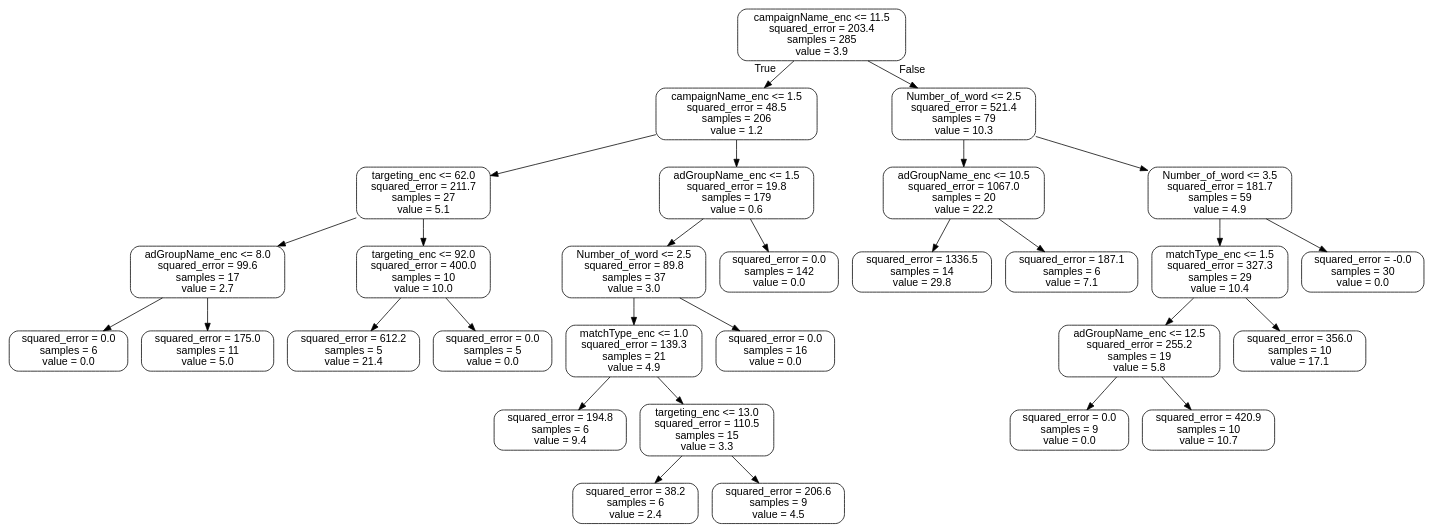
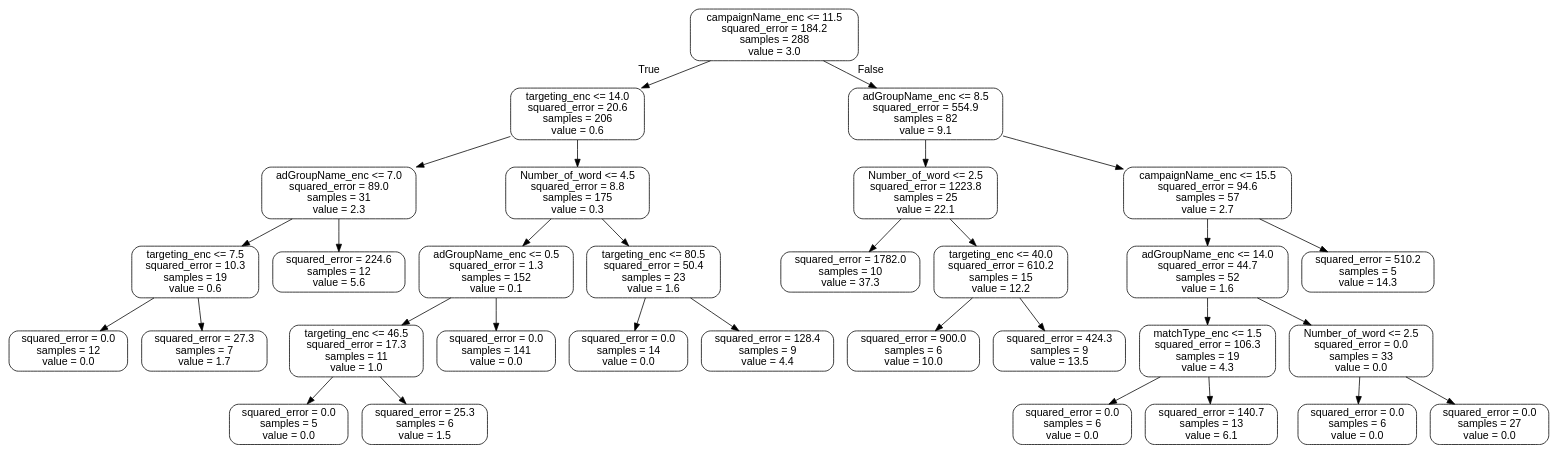
One commit to mike-lee-dev/ppc_api changed the diagram in tree.dot. Above: the diagram before and after it, drawn with Graphviz. The commit also changed 2 other files, not shown here.

```diff
--- a/tree.dot
+++ b/tree.dot
@@ -1,61 +1,65 @@
 digraph Tree {
 node [shape=box, style="rounded", color="black", fontname="helvetica"] ;
 edge [fontname="helvetica"] ;
-0 [label="campaignName_enc <= 11.5\nsquared_error = 203.4\nsamples = 285\nvalue = 3.9"] ;
-1 [label="campaignName_enc <= 1.5\nsquared_error = 48.5\nsamples = 206\nvalue = 1.2"] ;
+0 [label="campaignName_enc <= 11.5\nsquared_error = 184.2\nsamples = 288\nvalue = 3.0"] ;
+1 [label="targeting_enc <= 14.0\nsquared_error = 20.6\nsamples = 206\nvalue = 0.6"] ;
 0 -> 1 [labeldistance=2.5, labelangle=45, headlabel="True"] ;
-2 [label="targeting_enc <= 62.0\nsquared_error = 211.7\nsamples = 27\nvalue = 5.1"] ;
+2 [label="adGroupName_enc <= 7.0\nsquared_error = 89.0\nsamples = 31\nvalue = 2.3"] ;
 1 -> 2 ;
-3 [label="adGroupName_enc <= 8.0\nsquared_error = 99.6\nsamples = 17\nvalue = 2.7"] ;
+3 [label="targeting_enc <= 7.5\nsquared_error = 10.3\nsamples = 19\nvalue = 0.6"] ;
 2 -> 3 ;
-4 [label="squared_error = 0.0\nsamples = 6\nvalue = 0.0"] ;
+4 [label="squared_error = 0.0\nsamples = 12\nvalue = 0.0"] ;
 3 -> 4 ;
-5 [label="squared_error = 175.0\nsamples = 11\nvalue = 5.0"] ;
+5 [label="squared_error = 27.3\nsamples = 7\nvalue = 1.7"] ;
 3 -> 5 ;
-6 [label="targeting_enc <= 92.0\nsquared_error = 400.0\nsamples = 10\nvalue = 10.0"] ;
+6 [label="squared_error = 224.6\nsamples = 12\nvalue = 5.6"] ;
 2 -> 6 ;
-7 [label="squared_error = 612.2\nsamples = 5\nvalue = 21.4"] ;
-6 -> 7 ;
-8 [label="squared_error = 0.0\nsamples = 5\nvalue = 0.0"] ;
-6 -> 8 ;
-9 [label="adGroupName_enc <= 1.5\nsquared_error = 19.8\nsamples = 179\nvalue = 0.6"] ;
-1 -> 9 ;
-10 [label="Number_of_word <= 2.5\nsquared_error = 89.8\nsamples = 37\nvalue = 3.0"] ;
+7 [label="Number_of_word <= 4.5\nsquared_error = 8.8\nsamples = 175\nvalue = 0.3"] ;
+1 -> 7 ;
+8 [label="adGroupName_enc <= 0.5\nsquared_error = 1.3\nsamples = 152\nvalue = 0.1"] ;
+7 -> 8 ;
+9 [label="targeting_enc <= 46.5\nsquared_error = 17.3\nsamples = 11\nvalue = 1.0"] ;
+8 -> 9 ;
+10 [label="squared_error = 0.0\nsamples = 5\nvalue = 0.0"] ;
 9 -> 10 ;
-11 [label="matchType_enc <= 1.0\nsquared_error = 139.3\nsamples = 21\nvalue = 4.9"] ;
-10 -> 11 ;
-12 [label="squared_error = 194.8\nsamples = 6\nvalue = 9.4"] ;
-11 -> 12 ;
-13 [label="targeting_enc <= 13.0\nsquared_error = 110.5\nsamples = 15\nvalue = 3.3"] ;
-11 -> 13 ;
-14 [label="squared_error = 38.2\nsamples = 6\nvalue = 2.4"] ;
+11 [label="squared_error = 25.3\nsamples = 6\nvalue = 1.5"] ;
+9 -> 11 ;
+12 [label="squared_error = 0.0\nsamples = 141\nvalue = 0.0"] ;
+8 -> 12 ;
+13 [label="targeting_enc <= 80.5\nsquared_error = 50.4\nsamples = 23\nvalue = 1.6"] ;
+7 -> 13 ;
+14 [label="squared_error = 0.0\nsamples = 14\nvalue = 0.0"] ;
 13 -> 14 ;
-15 [label="squared_error = 206.6\nsamples = 9\nvalue = 4.5"] ;
+15 [label="squared_error = 128.4\nsamples = 9\nvalue = 4.4"] ;
 13 -> 15 ;
-16 [label="squared_error = 0.0\nsamples = 16\nvalue = 0.0"] ;
-10 -> 16 ;
-17 [label="squared_error = 0.0\nsamples = 142\nvalue = 0.0"] ;
-9 -> 17 ;
-18 [label="Number_of_word <= 2.5\nsquared_error = 521.4\nsamples = 79\nvalue = 10.3"] ;
-0 -> 18 [labeldistance=2.5, labelangle=-45, headlabel="False"] ;
-19 [label="adGroupName_enc <= 10.5\nsquared_error = 1067.0\nsamples = 20\nvalue = 22.2"] ;
-18 -> 19 ;
-20 [label="squared_error = 1336.5\nsamples = 14\nvalue = 29.8"] ;
+16 [label="adGroupName_enc <= 8.5\nsquared_error = 554.9\nsamples = 82\nvalue = 9.1"] ;
+0 -> 16 [labeldistance=2.5, labelangle=-45, headlabel="False"] ;
+17 [label="Number_of_word <= 2.5\nsquared_error = 1223.8\nsamples = 25\nvalue = 22.1"] ;
+16 -> 17 ;
+18 [label="squared_error = 1782.0\nsamples = 10\nvalue = 37.3"] ;
+17 -> 18 ;
+19 [label="targeting_enc <= 40.0\nsquared_error = 610.2\nsamples = 15\nvalue = 12.2"] ;
+17 -> 19 ;
+20 [label="squared_error = 900.0\nsamples = 6\nvalue = 10.0"] ;
 19 -> 20 ;
-21 [label="squared_error = 187.1\nsamples = 6\nvalue = 7.1"] ;
+21 [label="squared_error = 424.3\nsamples = 9\nvalue = 13.5"] ;
 19 -> 21 ;
-22 [label="Number_of_word <= 3.5\nsquared_error = 181.7\nsamples = 59\nvalue = 4.9"] ;
-18 -> 22 ;
-23 [label="matchType_enc <= 1.5\nsquared_error = 327.3\nsamples = 29\nvalue = 10.4"] ;
+22 [label="campaignName_enc <= 15.5\nsquared_error = 94.6\nsamples = 57\nvalue = 2.7"] ;
+16 -> 22 ;
+23 [label="adGroupName_enc <= 14.0\nsquared_error = 44.7\nsamples = 52\nvalue = 1.6"] ;
 22 -> 23 ;
-24 [label="adGroupName_enc <= 12.5\nsquared_error = 255.2\nsamples = 19\nvalue = 5.8"] ;
+24 [label="matchType_enc <= 1.5\nsquared_error = 106.3\nsamples = 19\nvalue = 4.3"] ;
 23 -> 24 ;
-25 [label="squared_error = 0.0\nsamples = 9\nvalue = 0.0"] ;
+25 [label="squared_error = 0.0\nsamples = 6\nvalue = 0.0"] ;
 24 -> 25 ;
-26 [label="squared_error = 420.9\nsamples = 10\nvalue = 10.7"] ;
+26 [label="squared_error = 140.7\nsamples = 13\nvalue = 6.1"] ;
 24 -> 26 ;
-27 [label="squared_error = 356.0\nsamples = 10\nvalue = 17.1"] ;
+27 [label="Number_of_word <= 2.5\nsquared_error = 0.0\nsamples = 33\nvalue = 0.0"] ;
 23 -> 27 ;
-28 [label="squared_error = -0.0\nsamples = 30\nvalue = 0.0"] ;
-22 -> 28 ;
+28 [label="squared_error = 0.0\nsamples = 6\nvalue = 0.0"] ;
+27 -> 28 ;
+29 [label="squared_error = 0.0\nsamples = 27\nvalue = 0.0"] ;
+27 -> 29 ;
+30 [label="squared_error = 510.2\nsamples = 5\nvalue = 14.3"] ;
+22 -> 30 ;
 }
```
